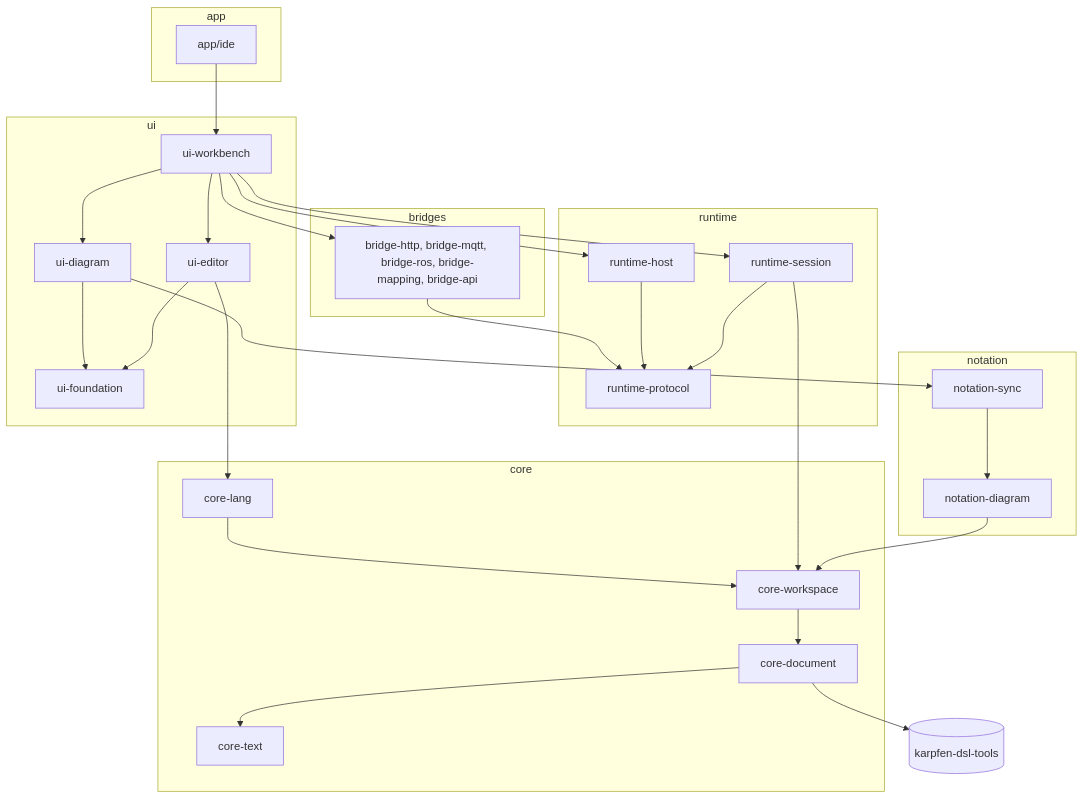
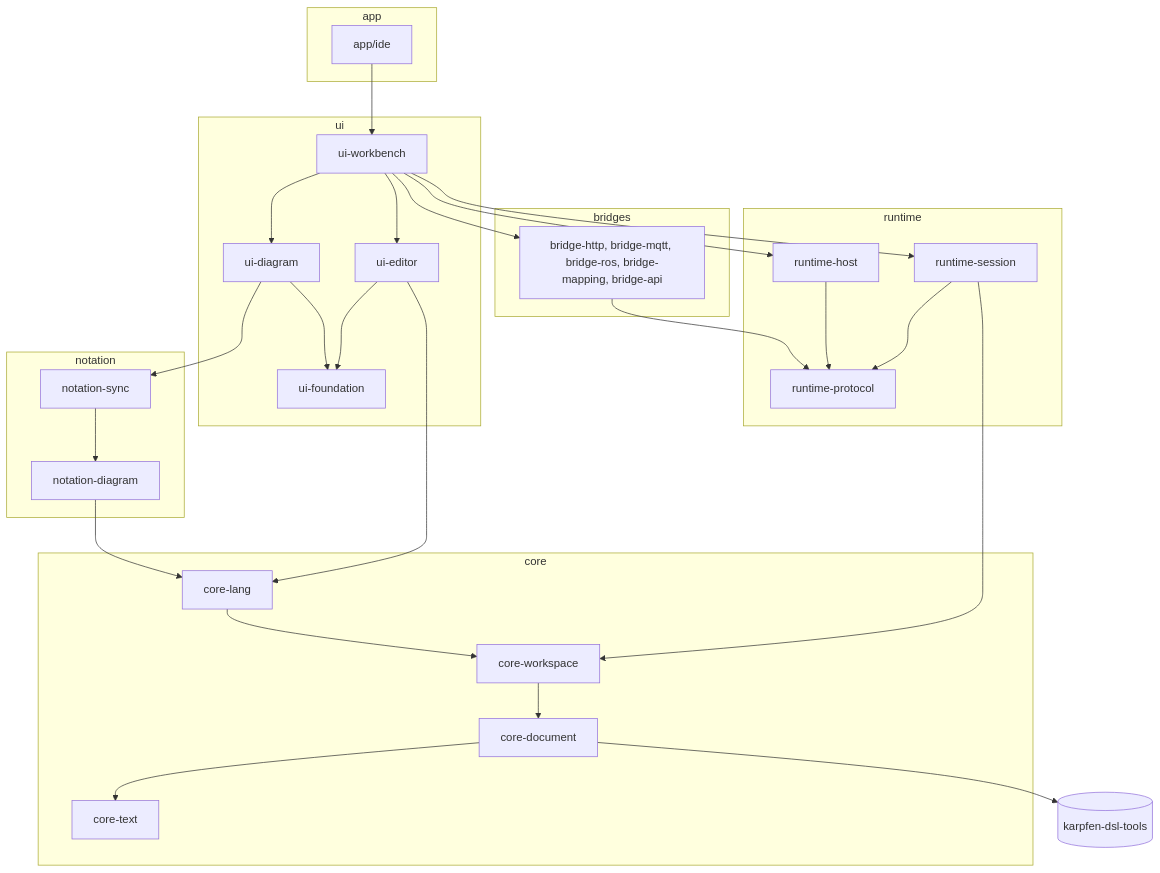
The diagram in docs/archdoc.md (karpfenproject/karpfen-IDE), drawn with Mermaid before and after one commit. The commit also changed other lines of this file and 21 other files, not shown here.

Commit message:
Add New object of with the types of the metamodel to the menu of the object diagram

````diff
--- a/docs/archdoc.md
+++ b/docs/archdoc.md
@@ -72,42 +72,42 @@
 ```mermaid
 flowchart TD
     subgraph appGroup ["app"]
         ide["app/ide"]
     end
     subgraph uiGroup ["ui"]
         workbench["ui-workbench"]
         editor["ui-editor"]
         foundation["ui-foundation"]
         uidiagram["ui-diagram"]
     end
     subgraph runtimeGroup ["runtime"]
         session["runtime-session"]
         host["runtime-host"]
         protocol["runtime-protocol"]
     end
     subgraph notationGroup ["notation"]
         nsync["notation-sync"]
         ndiagram["notation-diagram"]
     end
     subgraph bridgesGroup ["bridges"]
         bridges["bridge-http, bridge-mqtt, bridge-ros, bridge-mapping, bridge-api"]
     end
     subgraph coreGroup ["core"]
         lang["core-lang"]
         workspace["core-workspace"]
         document["core-document"]
         coretext["core-text"]
     end
     dsltools[("karpfen-dsl-tools")]
 
     ide --> workbench
     workbench --> editor & session & host & uidiagram & bridges
     editor --> foundation & lang
     uidiagram --> foundation & nsync
-    nsync --> ndiagram --> workspace
+    nsync --> ndiagram --> lang
     session --> protocol & workspace
     host --> protocol
     bridges --> protocol
     lang --> workspace --> document
     document --> coretext & dsltools
 ```
````
